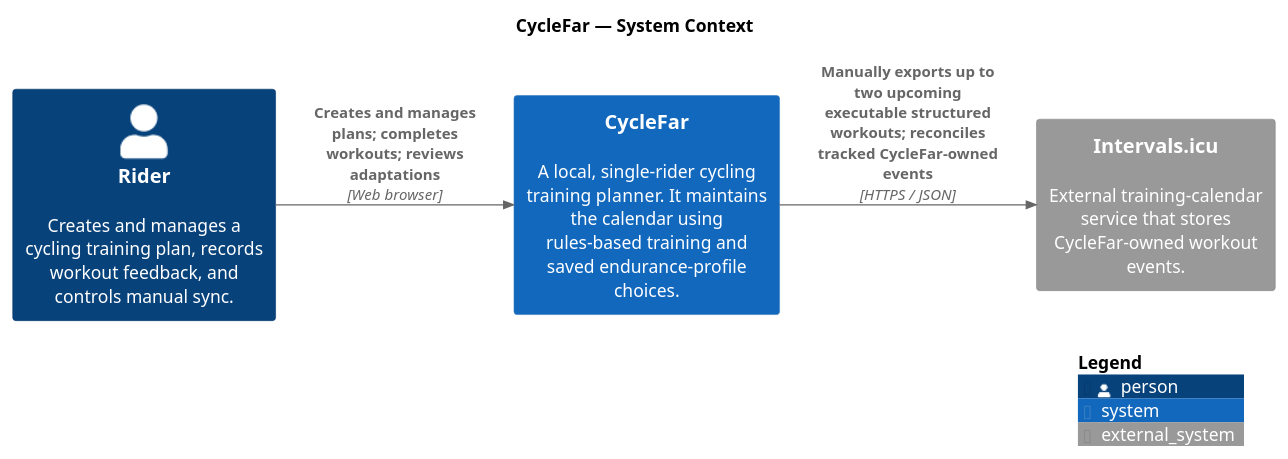
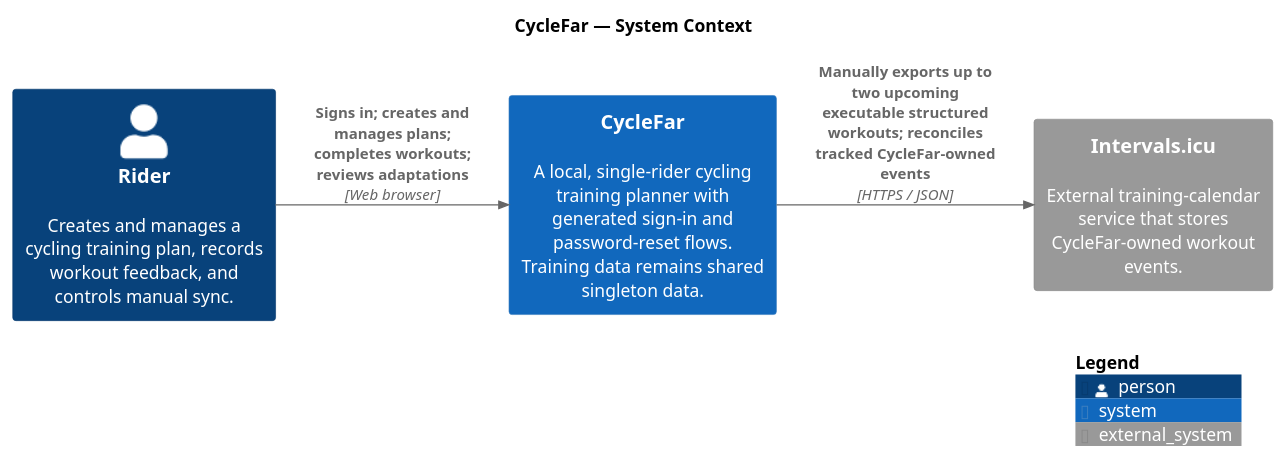
Before and after one commit to richardhartme/cyclefar: the diagram in docs/diagrams/cyclefar-system-context.puml, drawn with PlantUML. The commit also changed 14 other files, not shown here.

```diff
--- a/docs/diagrams/cyclefar-system-context.puml
+++ b/docs/diagrams/cyclefar-system-context.puml
@@ -1,19 +1,19 @@
 @startuml CycleFar System Context
-' Reviewed against application source on 2026-09-25; scope and limitations: README.md
+' Authentication updated against application source on 2026-09-27; scope and limitations: README.md
 !include https://raw.githubusercontent.com/plantuml-stdlib/C4-PlantUML/master/C4_Context.puml
 
 title CycleFar — System Context
 
 LAYOUT_LEFT_RIGHT()
 
 Person(rider, "Rider", "Creates and manages a cycling training plan, records workout feedback, and controls manual sync.")
 
-System(cyclefar, "CycleFar", "A local, single-rider cycling training planner. It maintains the calendar using rules-based training and saved endurance-profile choices.")
+System(cyclefar, "CycleFar", "A local, single-rider cycling training planner with generated sign-in and password-reset flows. Training data remains shared singleton data.")
 
 System_Ext(intervals_icu, "Intervals.icu", "External training-calendar service that stores CycleFar-owned workout events.")
 
-Rel(rider, cyclefar, "Creates and manages plans; completes workouts; reviews adaptations", "Web browser")
+Rel(rider, cyclefar, "Signs in; creates and manages plans; completes workouts; reviews adaptations", "Web browser")
 Rel(cyclefar, intervals_icu, "Manually exports up to two upcoming executable structured workouts; reconciles tracked CycleFar-owned events", "HTTPS / JSON")
 
 SHOW_LEGEND()
 @enduml
```
